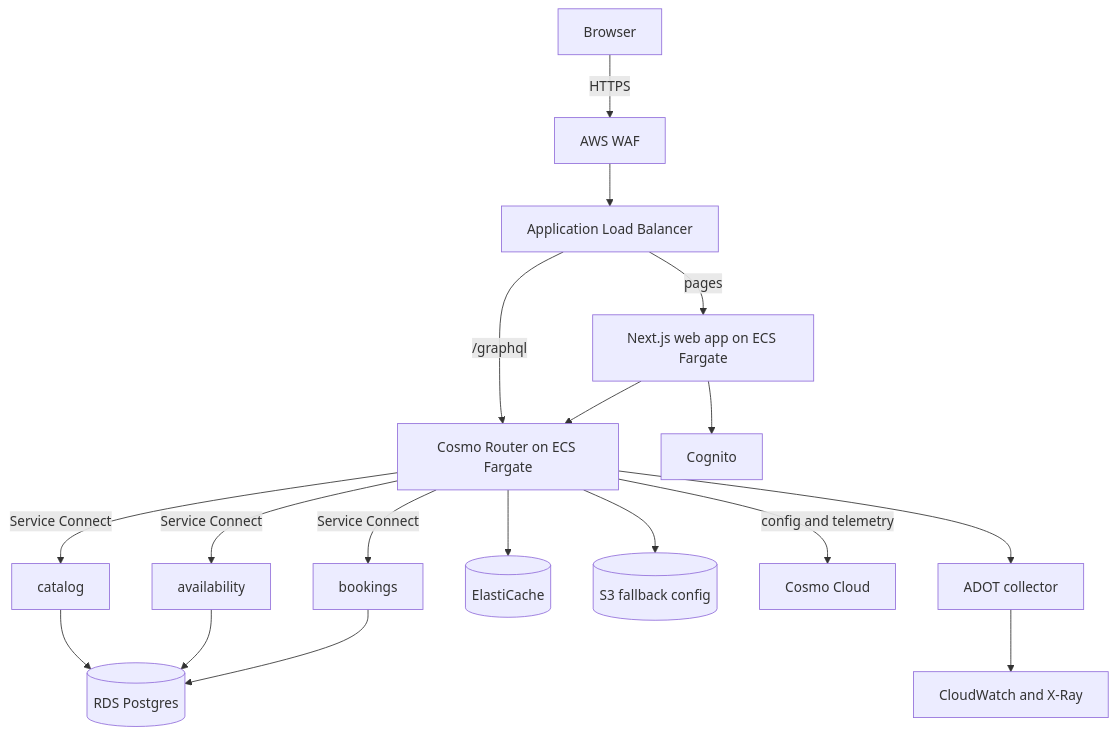
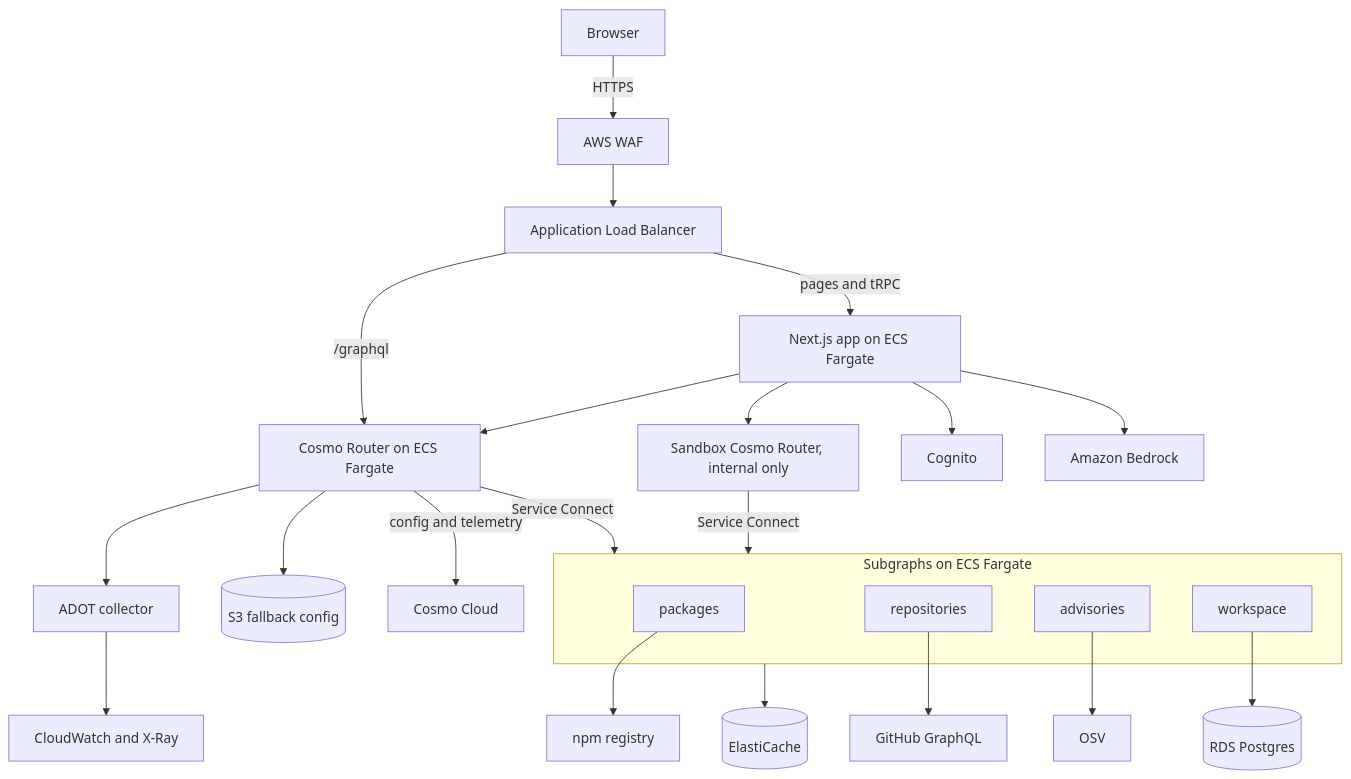
Before and after one commit to ayenisholah/signalbox: the diagram in SPEC.md, drawn with Mermaid. The commit also changed other lines of this file and 19 other files, not shown here.

````diff
--- a/SPEC.md
+++ b/SPEC.md
@@ -28,20 +44,28 @@
 ```mermaid
 flowchart TD
     client[Browser] -->|HTTPS| waf[AWS WAF]
     waf --> alb[Application Load Balancer]
-    alb -->|pages| web[Next.js web app on ECS Fargate]
-    alb -->|/graphql| router
-    web --> router[Cosmo Router on ECS Fargate]
+    alb -->|pages and tRPC| web[Next.js app on ECS Fargate]
+    alb -->|/graphql| router[Cosmo Router on ECS Fargate]
+    web --> router
+    web --> sandbox[Sandbox Cosmo Router, internal only]
     web --> cognito[Cognito]
-    router -->|Service Connect| catalog[catalog]
-    router -->|Service Connect| availability[availability]
-    router -->|Service Connect| bookings[bookings]
-    catalog --> rds[(RDS Postgres)]
-    availability --> rds
-    bookings --> rds
-    router --> redis[(ElastiCache)]
+    web --> bedrock[Amazon Bedrock]
+    router -->|Service Connect| subgraphs
+    sandbox -->|Service Connect| subgraphs
+    subgraph subgraphs[Subgraphs on ECS Fargate]
+        packages[packages]
+        repositories[repositories]
+        advisories[advisories]
+        workspace[workspace]
+    end
+    packages --> npm[npm registry]
+    repositories --> github[GitHub GraphQL]
+    advisories --> osv[OSV]
+    workspace --> rds[(RDS Postgres)]
+    subgraphs --> redis[(ElastiCache)]
     router --> s3[(S3 fallback config)]
     router -->|config and telemetry| cosmo[Cosmo Cloud]
     router --> adot[ADOT collector]
     adot --> cw[CloudWatch and X-Ray]
 ```
````
